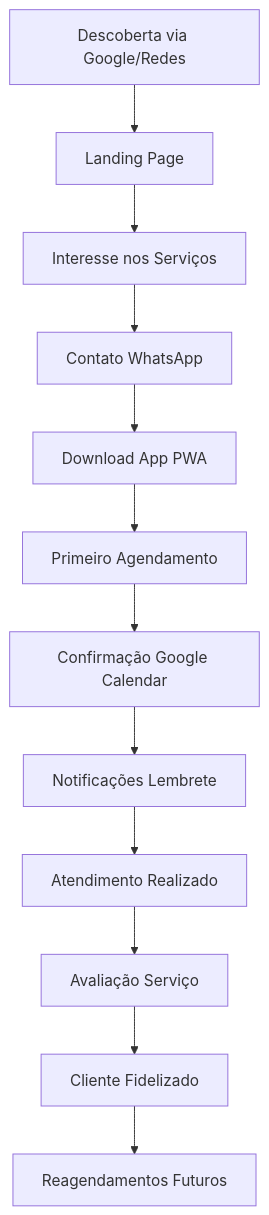
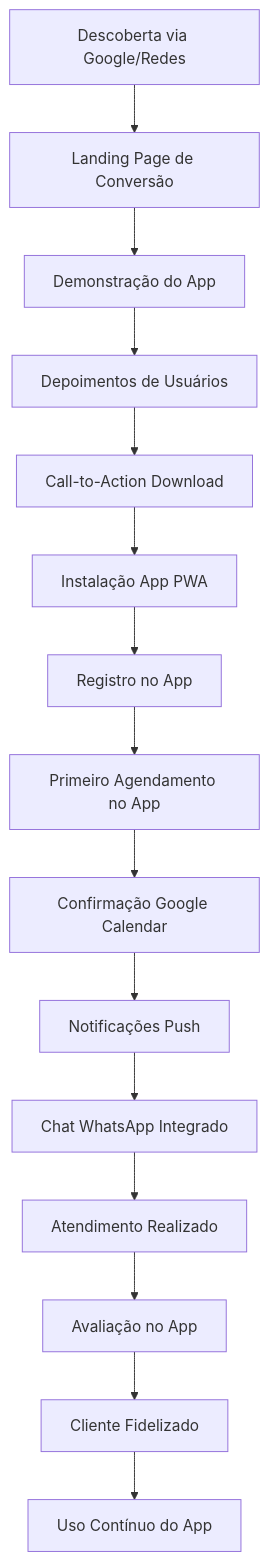
One commit to ToninhoDS/LandingPage changed the first of 2 diagrams in lanpage-barbearia/.trae/documents/visao-geral-sistema.md. Above: the diagram before and after it, drawn with Mermaid. The commit also changed other lines of this file and 135 other files, not shown here.

````diff
--- a/lanpage-barbearia/.trae/documents/visao-geral-sistema.md
+++ b/lanpage-barbearia/.trae/documents/visao-geral-sistema.md
@@ -38,14 +31,17 @@
 ```mermaid
 graph TD
-    A[Descoberta via Google/Redes] --> B[Landing Page]
-    B --> C[Interesse nos Serviços]
-    C --> D[Contato WhatsApp]
-    D --> E[Download App PWA]
-    E --> F[Primeiro Agendamento]
-    F --> G[Confirmação Google Calendar]
-    G --> H[Notificações Lembrete]
-    H --> I[Atendimento Realizado]
-    I --> J[Avaliação Serviço]
-    J --> K[Cliente Fidelizado]
-    K --> L[Reagendamentos Futuros]
+    A[Descoberta via Google/Redes] --> B[Landing Page de Conversão]
+    B --> C[Demonstração do App]
+    C --> D[Depoimentos de Usuários]
+    D --> E[Call-to-Action Download]
+    E --> F[Instalação App PWA]
+    F --> G[Registro no App]
+    G --> H[Primeiro Agendamento no App]
+    H --> I[Confirmação Google Calendar]
+    I --> J[Notificações Push]
+    J --> K[Chat WhatsApp Integrado]
+    K --> L[Atendimento Realizado]
+    L --> M[Avaliação no App]
+    M --> N[Cliente Fidelizado]
+    N --> O[Uso Contínuo do App]
 ```
````
